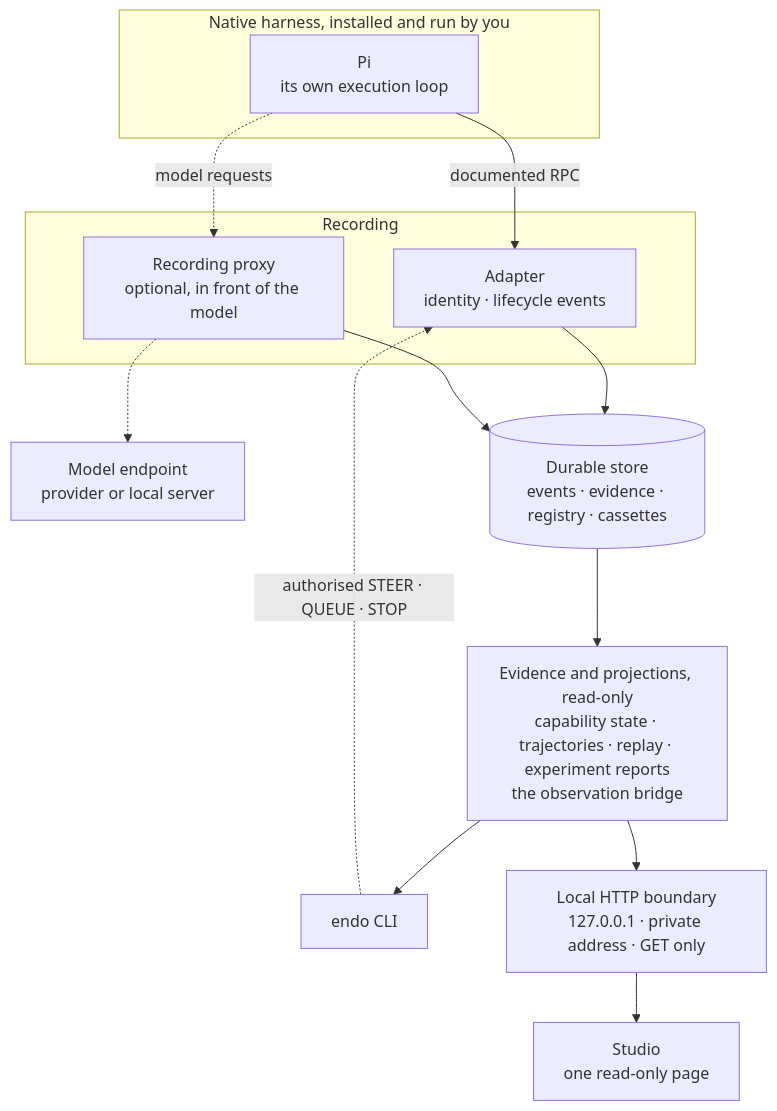
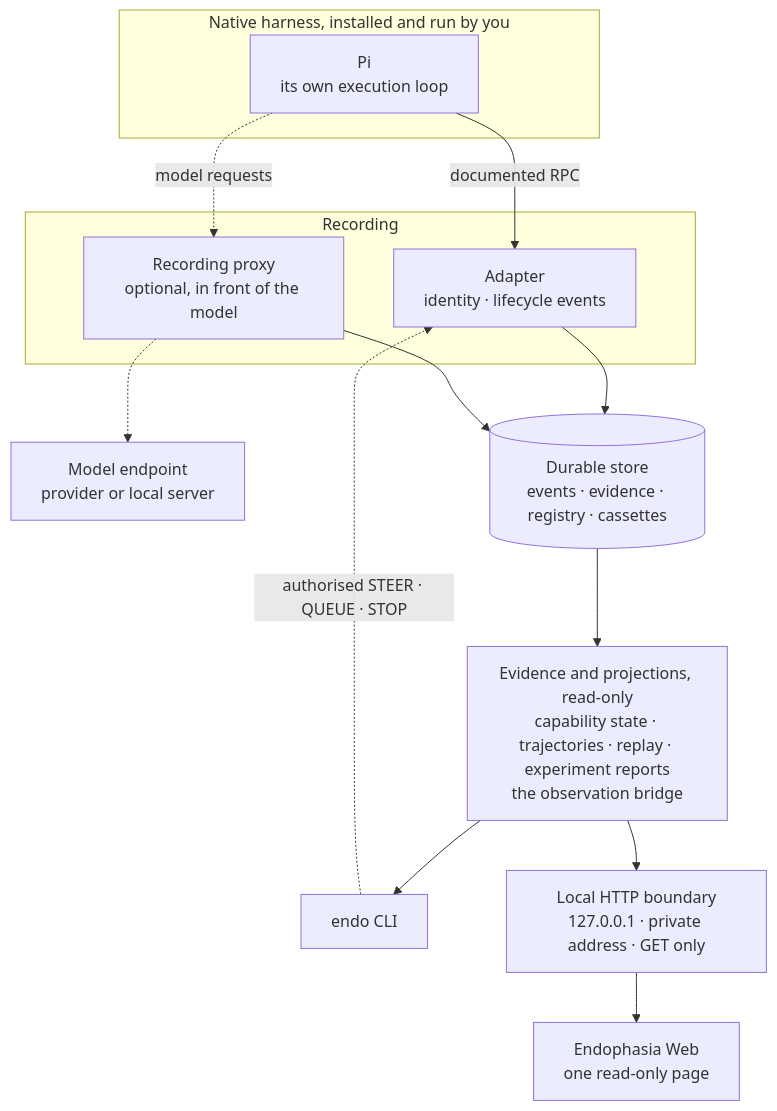
One commit to noctem-o/endophasia changed the diagram in README.md. Above: the diagram before and after it, drawn with Mermaid. The commit also changed other lines of this file and 8 other files, not shown here.

Commit message:
docs: clarify Endophasia Web/native naming and refresh alpha release status

```diff
--- a/README.md
+++ b/README.md
@@ -188,27 +192,27 @@
 ~~~mermaid
 flowchart TB
     subgraph native["Native harness, installed and run by you"]
         H["Pi<br/>its own execution loop"]
     end
     subgraph record["Recording"]
         A["Adapter<br/>identity · lifecycle events"]
         X["Recording proxy<br/>optional, in front of the model"]
     end
     M["Model endpoint<br/>provider or local server"]
     S[("Durable store<br/>events · evidence · registry · cassettes")]
     V["Evidence and projections, read-only<br/>capability state · trajectories · replay · experiment reports<br/>the observation bridge"]
     C["endo CLI"]
     N["Local HTTP boundary<br/>127.0.0.1 · private address · GET only"]
-    U["Studio<br/>one read-only page"]
+    U["Endophasia Web<br/>one read-only page"]
 
     H -->|"documented RPC"| A
     H -.->|"model requests"| X
     X -.-> M
     A --> S
     X --> S
     S --> V
     V --> C
     V --> N
     N --> U
     C -.->|"authorised STEER · QUEUE · STOP"| A
 ~~~
```
